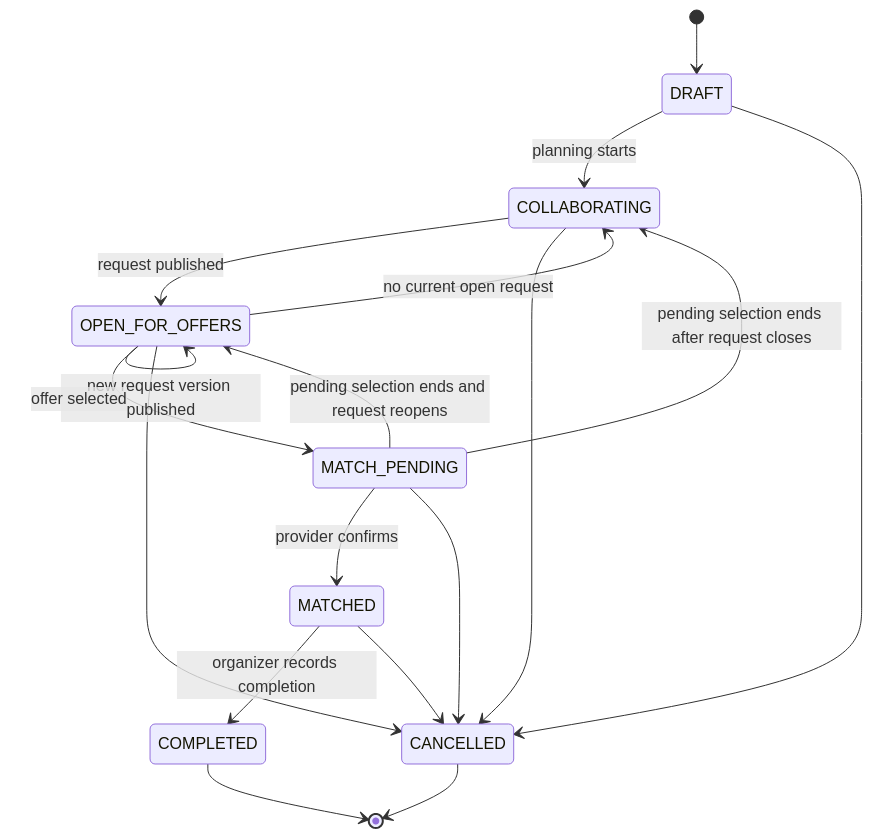
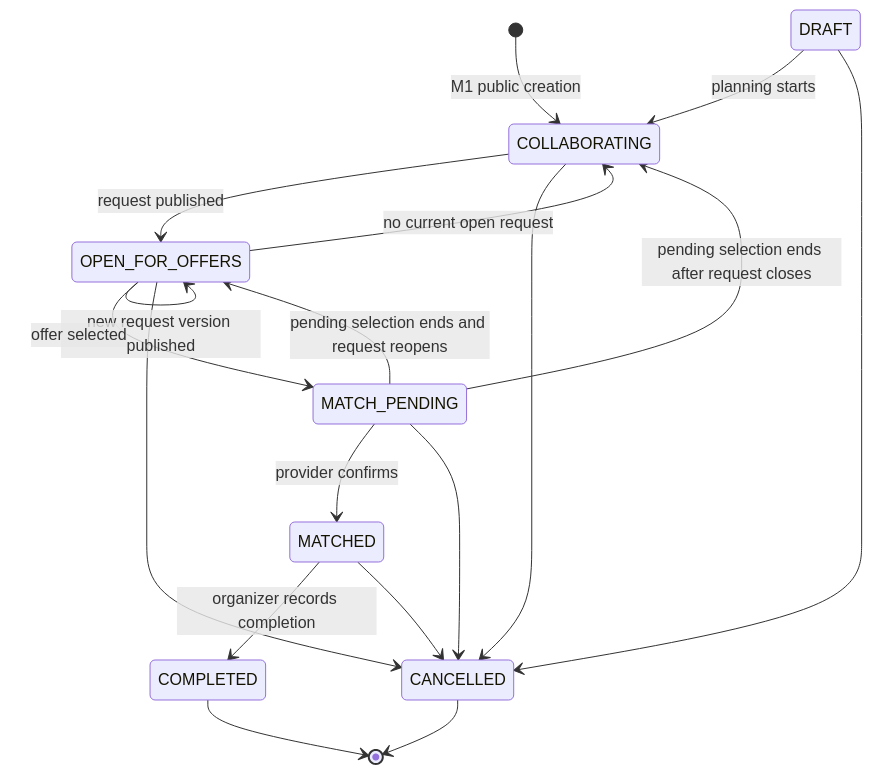
Before and after one commit to builtbyjuls/arat: the third of 9 diagrams in docs/domain-model.md, drawn with Mermaid. The commit also changed other lines of this file and 3 other files, not shown here.

````diff
--- a/docs/domain-model.md
+++ b/docs/domain-model.md
@@ -163,20 +162,20 @@
 ```mermaid
 stateDiagram-v2
-    [*] --> DRAFT
+    [*] --> COLLABORATING: M1 public creation
     DRAFT --> COLLABORATING: planning starts
     COLLABORATING --> OPEN_FOR_OFFERS: request published
     OPEN_FOR_OFFERS --> OPEN_FOR_OFFERS: new request version published
     OPEN_FOR_OFFERS --> COLLABORATING: no current open request
     OPEN_FOR_OFFERS --> MATCH_PENDING: offer selected
     MATCH_PENDING --> OPEN_FOR_OFFERS: pending selection ends and request reopens
     MATCH_PENDING --> COLLABORATING: pending selection ends after request closes
     MATCH_PENDING --> MATCHED: provider confirms
     MATCHED --> COMPLETED: organizer records completion
     DRAFT --> CANCELLED
     COLLABORATING --> CANCELLED
     OPEN_FOR_OFFERS --> CANCELLED
     MATCH_PENDING --> CANCELLED
     MATCHED --> CANCELLED
     COMPLETED --> [*]
     CANCELLED --> [*]
 ```
````
